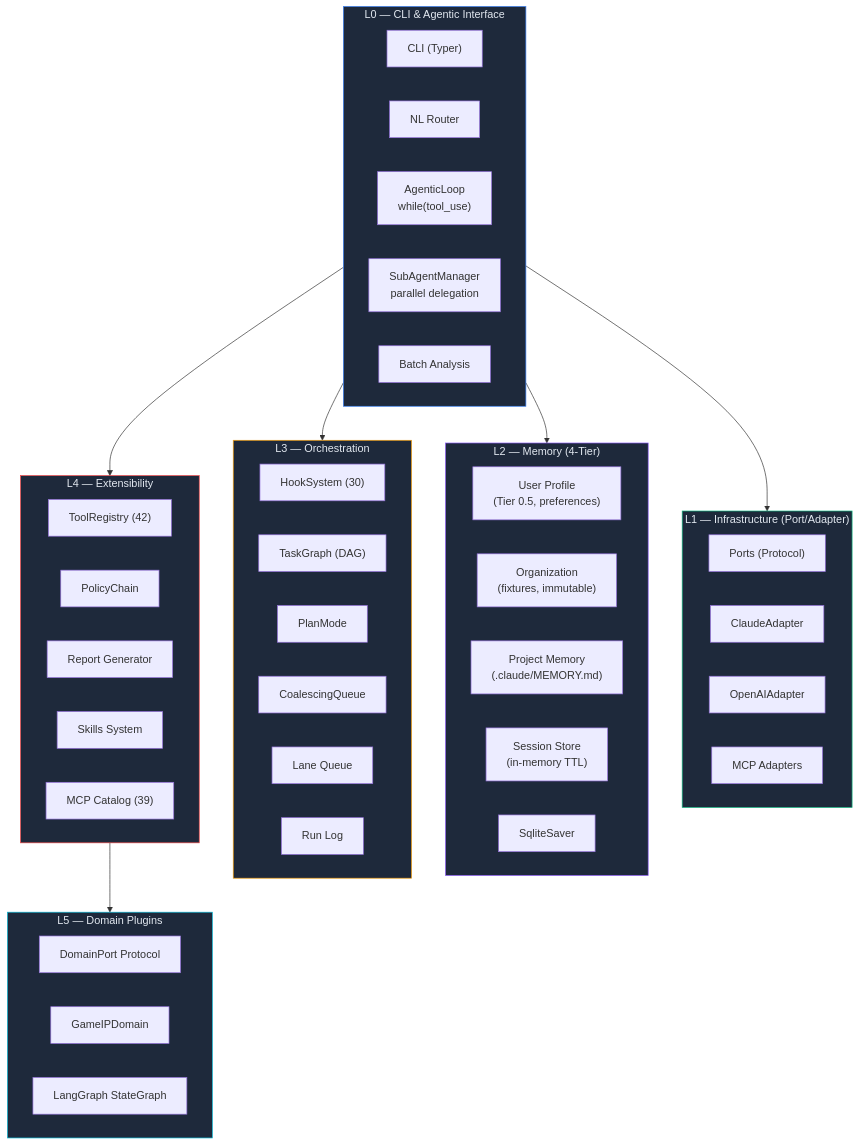
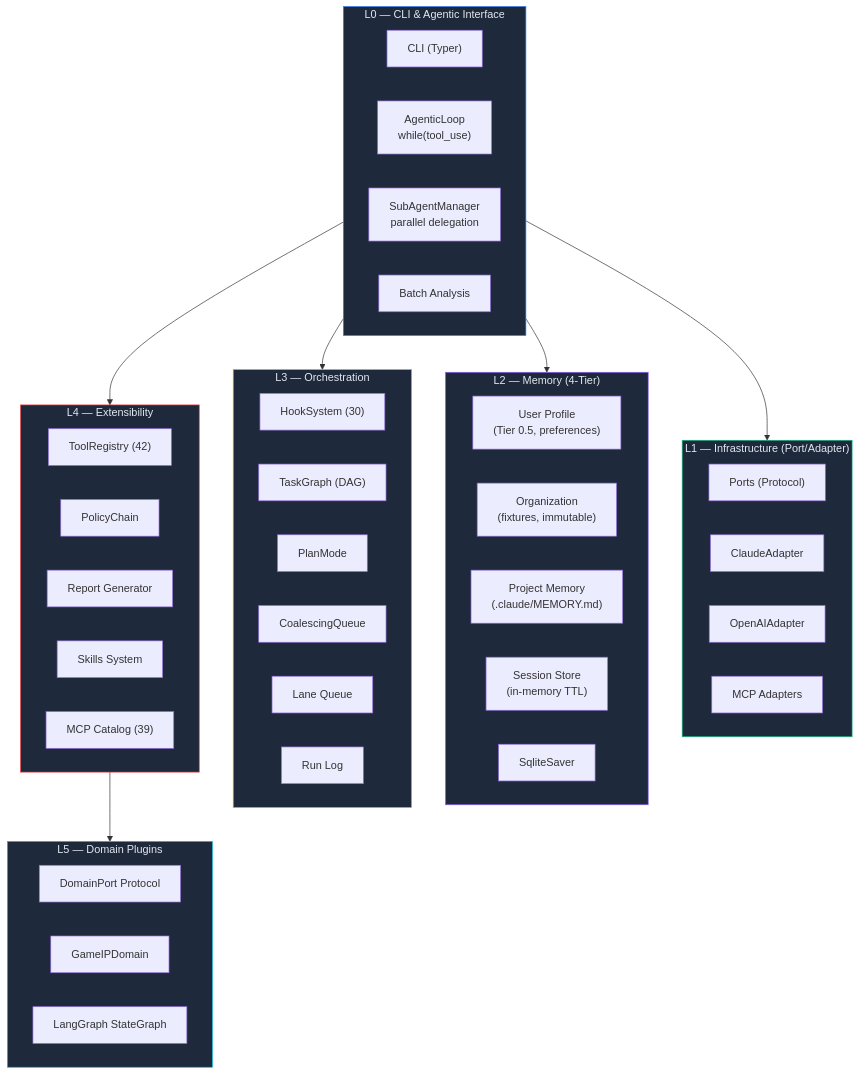
Before and after one commit to mangowhoiscloud/geode: the second of 15 diagrams in README.md, drawn with Mermaid. The commit also changed other lines of this file and 2 other files, not shown here.

First line of the commit message:
docs: README NL Router→AgenticLoop 전환 + CHANGELOG 누락분 + progress.md 신규

````diff
--- a/README.md
+++ b/README.md
@@ -122,61 +122,60 @@
 ```mermaid
 graph TB
     subgraph L0["L0 — CLI & Agentic Interface"]
         CLI["CLI (Typer)"]
-        NLR["NL Router"]
         AL["AgenticLoop<br/>while(tool_use)"]
         SubA["SubAgentManager<br/>parallel delegation"]
         Batch["Batch Analysis"]
     end
 
     subgraph L1["L1 — Infrastructure (Port/Adapter)"]
         direction LR
         Ports["Ports (Protocol)"]
         Claude["ClaudeAdapter"]
         OpenAI["OpenAIAdapter"]
         MCP["MCP Adapters"]
     end
 
     subgraph L2["L2 — Memory (4-Tier)"]
         UserProf["User Profile<br/>(Tier 0.5, preferences)"]
         Org["Organization<br/>(fixtures, immutable)"]
         Project["Project Memory<br/>(.claude/MEMORY.md)"]
         Session["Session Store<br/>(in-memory TTL)"]
         Checkpoint["SqliteSaver"]
     end
 
     subgraph L3["L3 — Orchestration"]
         Hooks["HookSystem (30)"]
         Tasks["TaskGraph (DAG)"]
         Plan["PlanMode"]
         Coal["CoalescingQueue"]
         Lanes["Lane Queue"]
         RunLog["Run Log"]
     end
 
     subgraph L4["L4 — Extensibility"]
         Tools["ToolRegistry (42)"]
         Policy["PolicyChain"]
         Reports["Report Generator"]
         Skills["Skills System"]
         MCPCat["MCP Catalog (39)"]
     end
 
     subgraph L5["L5 — Domain Plugins"]
         Domain["DomainPort Protocol"]
         GameIP["GameIPDomain"]
         Pipeline["LangGraph StateGraph"]
     end
 
     L0 --> L1
     L0 --> L2
     L0 --> L3
     L0 --> L4
     L4 --> L5
     style L0 fill:#1e293b,stroke:#3b82f6,color:#e2e8f0
     style L1 fill:#1e293b,stroke:#10b981,color:#e2e8f0
     style L2 fill:#1e293b,stroke:#8b5cf6,color:#e2e8f0
     style L3 fill:#1e293b,stroke:#f59e0b,color:#e2e8f0
     style L4 fill:#1e293b,stroke:#ef4444,color:#e2e8f0
     style L5 fill:#1e293b,stroke:#06b6d4,color:#e2e8f0
 ```
````
